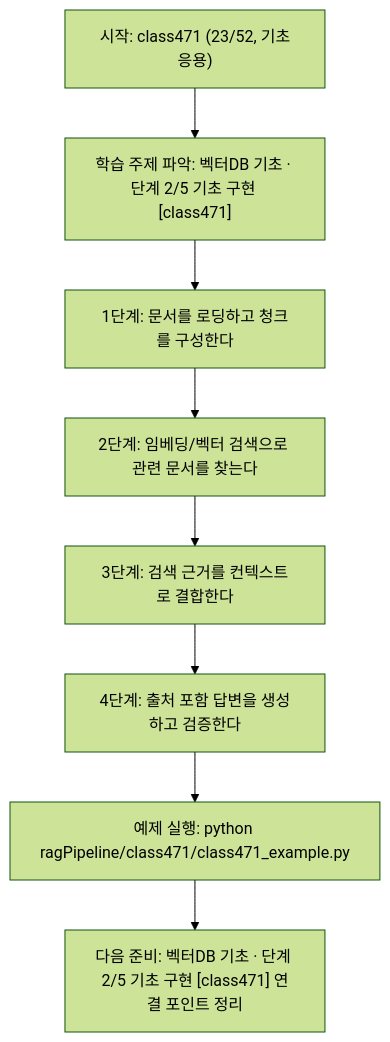
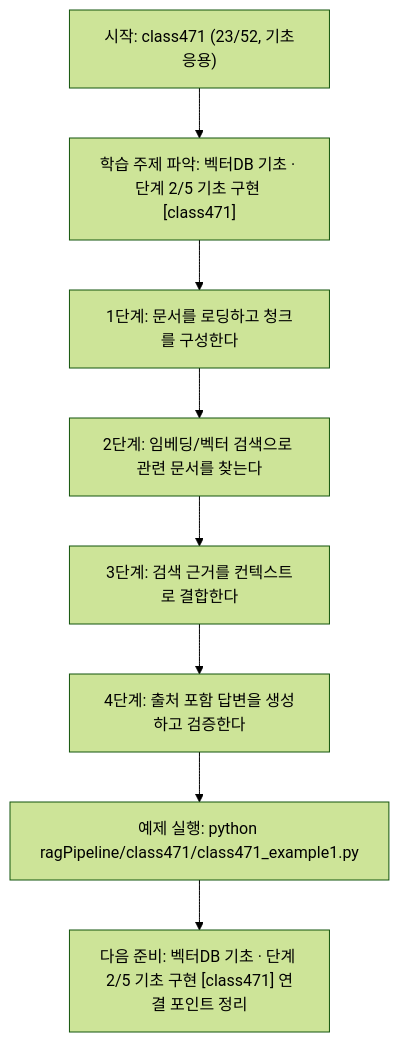
Before and after one commit to edumgt/Python-AI_Agent-Class: the diagram in ragPipeline/class471/class471.md, drawn with Mermaid (forest theme). The commit also changed other lines of this file and 2959 other files, not shown here.

````diff
--- a/ragPipeline/class471/class471.md
+++ b/ragPipeline/class471/class471.md
@@ -111,18 +111,18 @@
 ```mermaid
 flowchart TD
 N1["시작: class471 (23/52, 기초응용)"]
 N2["학습 주제 파악: 벡터DB 기초 · 단계 2/5 기초 구현 [class471]"]
 N3["1단계: 문서를 로딩하고 청크를 구성한다"]
 N4["2단계: 임베딩/벡터 검색으로 관련 문서를 찾는다"]
 N5["3단계: 검색 근거를 컨텍스트로 결합한다"]
 N6["4단계: 출처 포함 답변을 생성하고 검증한다"]
-N7["예제 실행: python ragPipeline/class471/class471_example.py"]
+N7["예제 실행: python ragPipeline/class471/class471_example1.py"]
 N8["다음 준비: 벡터DB 기초 · 단계 2/5 기초 구현 [class471] 연결 포인트 정리"]
 N1 --> N2
 N2 --> N3
 N3 --> N4
 N4 --> N5
 N5 --> N6
 N6 --> N7
 N7 --> N8
 ```
````
